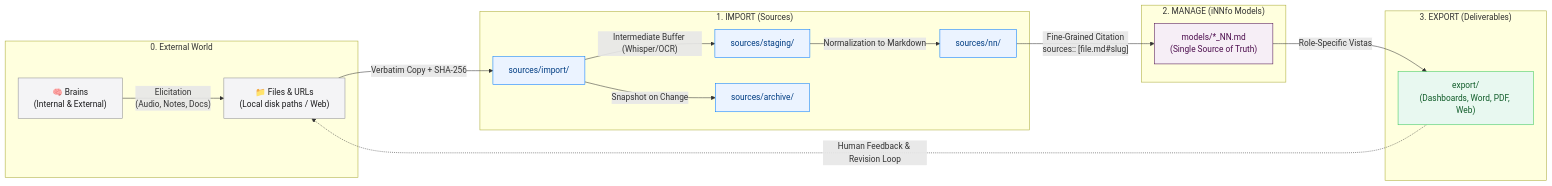
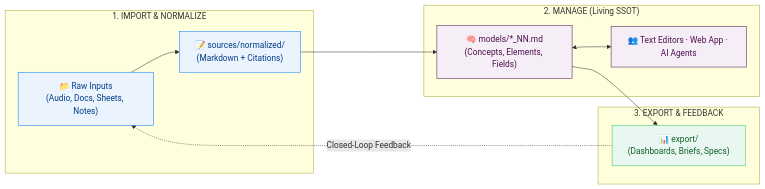
Before and after one commit to cogNNitive/cogNNitive: the diagram in docs/index.md, drawn with Mermaid. The commit also changed other lines of this file and 1 other file, not shown here.

````diff
--- a/docs/index.md
+++ b/docs/index.md
@@ -25,33 +25,24 @@
 ```mermaid
 flowchart LR
-    subgraph EXT["0. External World"]
-        B["🧠 Brains\n(Internal & External)"] -->|"Elicitation\n(Audio, Notes, Docs)"| F["📁 Files & URLs\n(Local disk paths / Web)"]
+    subgraph P1["1. IMPORT & NORMALIZE"]
+        RAW["📁 Raw Inputs\n(Audio, Docs, Sheets, Notes)"] --> NORM["📝 sources/normalized/\n(Markdown + Citations)"]
     end
 
-    subgraph P1["1. IMPORT (Sources)"]
-        F -->|"Verbatim Copy + SHA-256"| S_IMP["sources/import/"]
-        S_IMP -->|"Intermediate Buffer (Whisper/OCR)"| S_STG["sources/staging/"]
-        S_STG -->|"Normalization to Markdown"| S_NN["sources/nn/"]
-        S_IMP -->|"Snapshot on Change"| S_ARC["sources/archive/"]
+    subgraph P2["2. MANAGE (Living SSOT)"]
+        NORM --> MOD["🧠 models/*_NN.md\n(Concepts, Elements, Fields)"]
+        MOD <--> EDIT["👥 Text Editors · Web App · AI Agents"]
     end
 
-    subgraph P2["2. MANAGE (iNNfo Models)"]
-        S_NN -->|"Fine-Grained Citation\nsources:: [file.md#slug]"| M["models/*_NN.md\n(Single Source of Truth)"]
+    subgraph P3["3. EXPORT & FEEDBACK"]
+        MOD --> ART["📊 export/\n(Dashboards, Briefs, Specs)"]
+        ART -.->|"Closed-Loop Feedback"| RAW
     end
 
-    subgraph P3["3. EXPORT (Deliverables)"]
-        M -->|"Role-Specific Vistas"| A["export/\n(Dashboards, Word, PDF, Web)"]
-    end
-
-    A -.->|"Human Feedback & Revision Loop"| F
-
-    classDef ext fill:#F4F4F6,stroke:#8E8E93,color:#1C1C1E;
     classDef p1 fill:#EBF3FF,stroke:#007AFF,color:#003D82;
     classDef p2 fill:#F6EEF6,stroke:#4D0E4E,color:#4D0E4E;
     classDef p3 fill:#E8F8F0,stroke:#34C759,color:#105C29;
 
-    class B,F ext;
-    class S_IMP,S_STG,S_NN,S_ARC p1;
-    class M p2;
-    class A p3;
+    class RAW,NORM p1;
+    class MOD,EDIT p2;
+    class ART p3;
 ```
````
